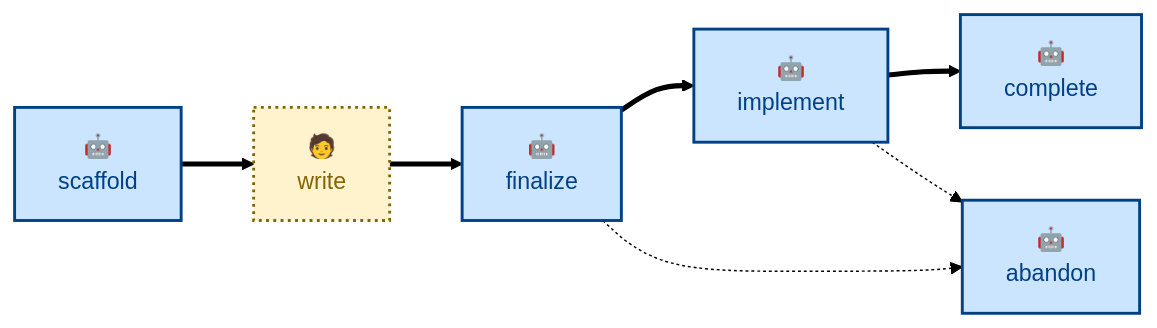
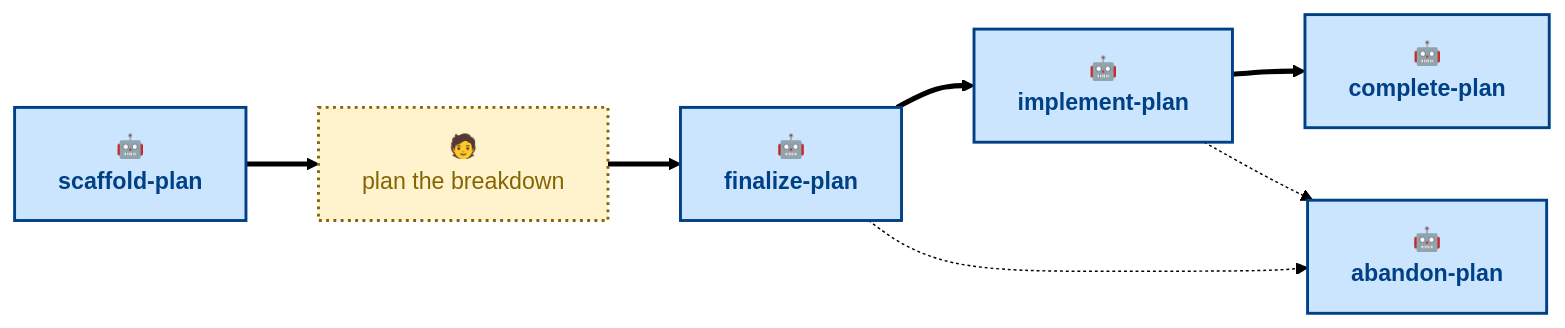
One commit to kieranpotts/plans changed the diagram in .agents/skills/README.md. Above: the diagram before and after it, drawn with Mermaid (forest theme). The commit also changed other lines of this file, not shown here.

````diff
--- a/.agents/skills/README.md
+++ b/.agents/skills/README.md
@@ -23,20 +30,20 @@
 ```mermaid
 flowchart LR
-  scaffold["🤖<br/>scaffold"]:::agentic
-  write["🧑<br/>write"]:::anthropic
-  finalize["🤖<br/>finalize"]:::agentic
-  implement["🤖<br/>implement"]:::agentic
-  complete["🤖<br/>complete"]:::agentic
-  abandon["🤖<br/>abandon"]:::agentic
+  scaffold["🤖<br/><b>scaffold-plan</b>"]:::agentic
+  write["🧑<br/>plan the breakdown"]:::anthropic
+  finalize["🤖<br/><b>finalize-plan</b>"]:::agentic
+  implement["🤖<br/><b>implement-plan</b>"]:::agentic
+  complete["🤖<br/><b>complete-plan</b>"]:::agentic
+  abandon["🤖<br/><b>abandon-plan</b>"]:::agentic
 
   scaffold ==> write
   write ==> finalize
   finalize ==> implement
   implement ==> complete
   finalize -.-> abandon
   implement -.-> abandon
 
   classDef agentic fill:#cce5ff,stroke:#004085,color:#004085,stroke-width:2px
   classDef scripted fill:#e2e3e5,stroke:#4b5157,color:#383d41,stroke-width:2px
   classDef anthropic fill:#fff3cd,stroke:#856404,color:#856404,stroke-width:2px,stroke-dasharray:2 3
 ```
````
